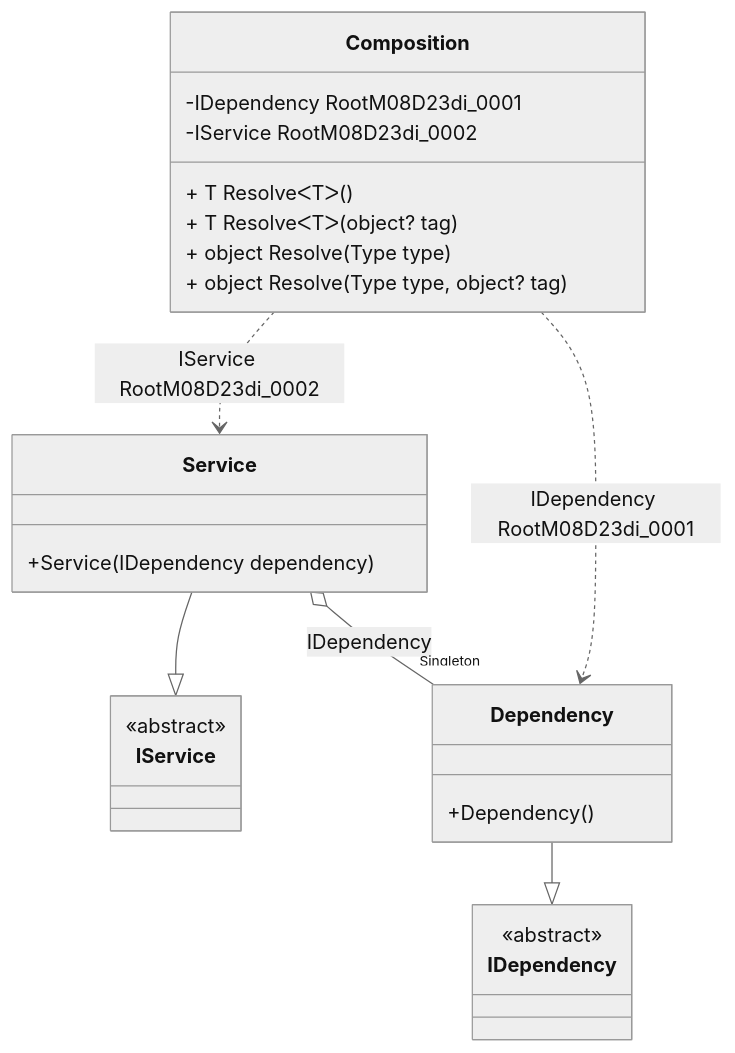
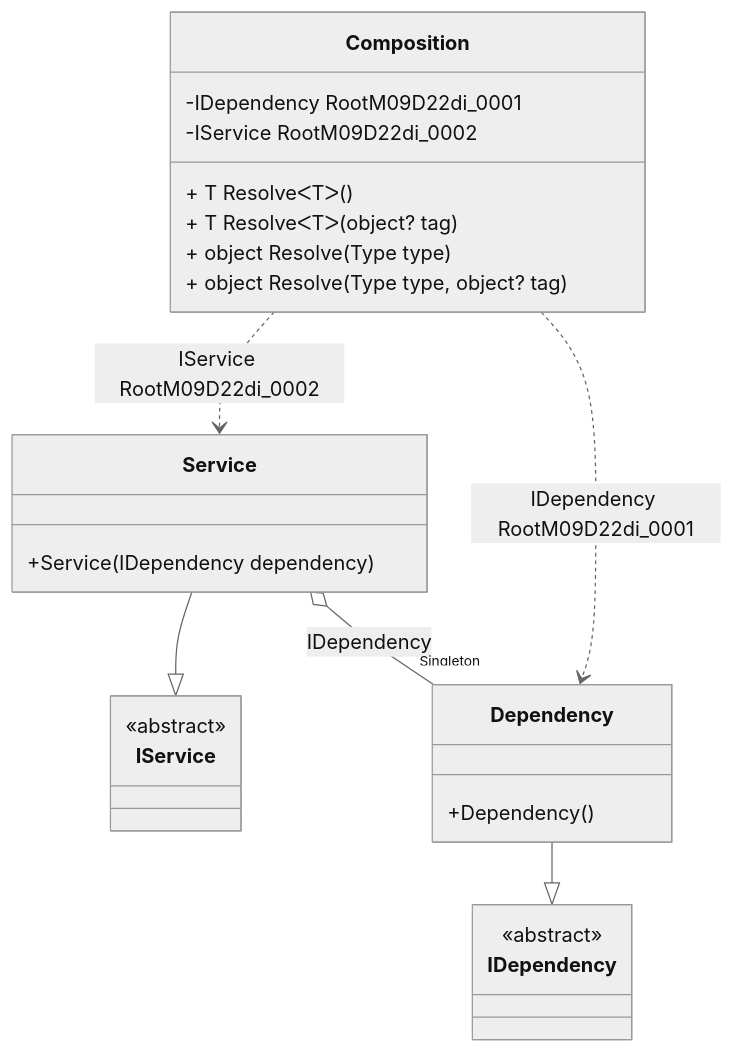
The diagram in readme/service-collection.md (DevTeam/Pure.DI), drawn with Mermaid (neutral theme) before and after one commit. The commit also changed other lines of this file and 57 other files, not shown here.

````diff
--- a/readme/service-collection.md
+++ b/readme/service-collection.md
@@ -75,28 +75,28 @@
 ```mermaid
 classDiagram
   class Composition {
-    -IDependency RootM08D23di_0001
-    -IService RootM08D23di_0002
+    -IDependency RootM09D22di_0001
+    -IService RootM09D22di_0002
     + T ResolveᐸTᐳ()
     + T ResolveᐸTᐳ(object? tag)
     + object Resolve(Type type)
     + object Resolve(Type type, object? tag)
   }
   Service --|> IService : 
   class Service {
     +Service(IDependency dependency)
   }
   Dependency --|> IDependency : 
   class Dependency {
     +Dependency()
   }
   class IService {
     <<abstract>>
   }
   class IDependency {
     <<abstract>>
   }
   Service o--  "Singleton" Dependency : IDependency
-  Composition ..> Dependency : IDependency RootM08D23di_0001
-  Composition ..> Service : IService RootM08D23di_0002
+  Composition ..> Dependency : IDependency RootM09D22di_0001
+  Composition ..> Service : IService RootM09D22di_0002
 ```
````
